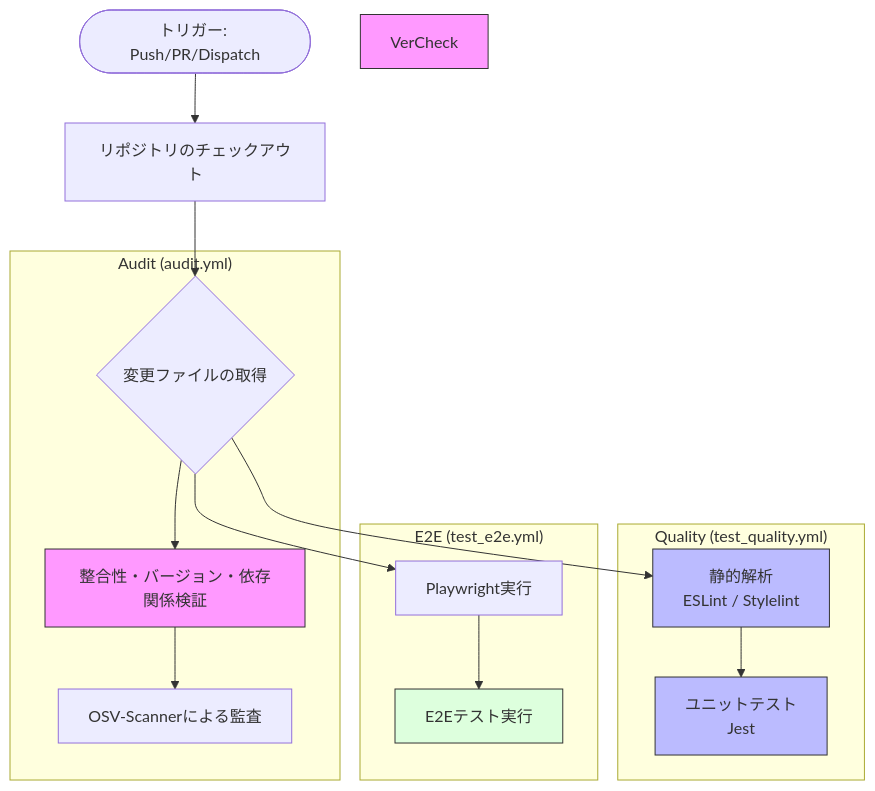
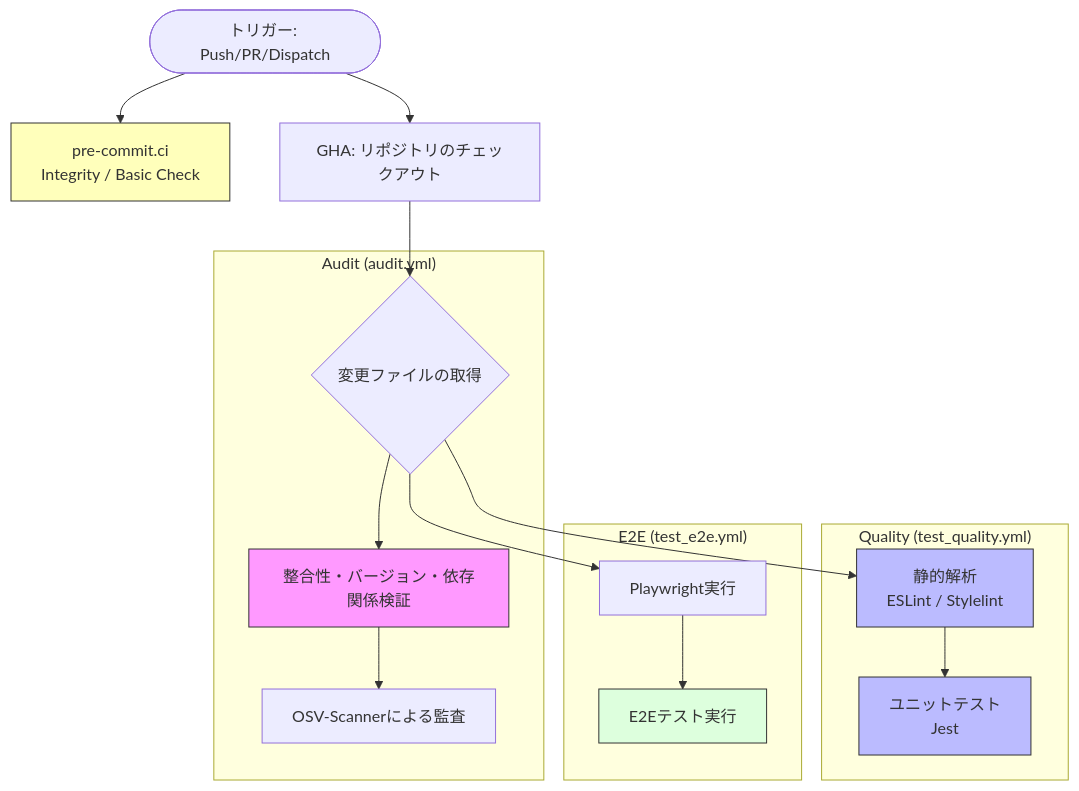
Before and after one commit to masanori-satake/QuickLog-Solo: the first of 2 diagrams in docs/README_ACTIONS.md, drawn with Mermaid. The commit also changed other lines of this file and 3 other files, not shown here.

````diff
--- a/docs/README_ACTIONS.md
+++ b/docs/README_ACTIONS.md
@@ -82,26 +95,28 @@
 ```mermaid
 graph TD
-    Start([トリガー: Push/PR/Dispatch]) --> Checkout[リポジトリのチェックアウト]
+    Start([トリガー: Push/PR/Dispatch])
+    Start --> PreCommit[pre-commit.ci<br/>Integrity / Basic Check]
+    Start --> Checkout[GHA: リポジトリのチェックアウト]
     Checkout --> GetChanged{変更ファイルの取得}
 
     subgraph "Audit (audit.yml)"
         GetChanged --> CleanCheck[整合性・バージョン・依存関係検証]
         CleanCheck --> OSVScan[OSV-Scannerによる監査]
     end
 
     subgraph "Quality (test_quality.yml)"
         GetChanged --> Lint[静的解析<br/>ESLint / Stylelint]
         Lint --> UnitTests[ユニットテスト<br/>Jest]
     end
 
     subgraph "E2E (test_e2e.yml)"
         GetChanged --> Playwright[Playwright実行]
         Playwright --> RunE2E[E2Eテスト実行]
     end
 
     style CleanCheck fill:#f9f,stroke:#333
-    style VerCheck fill:#f9f,stroke:#333
+    style PreCommit fill:#ffb,stroke:#333
     style Lint fill:#bbf,stroke:#333
     style UnitTests fill:#bbf,stroke:#333
     style RunE2E fill:#dfd,stroke:#333
 ```
````
